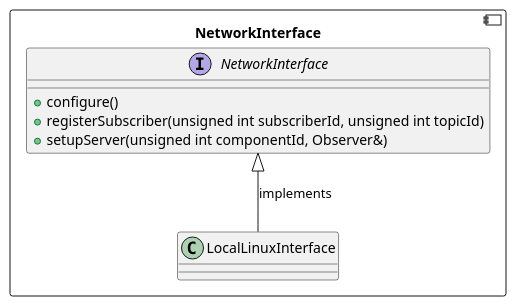
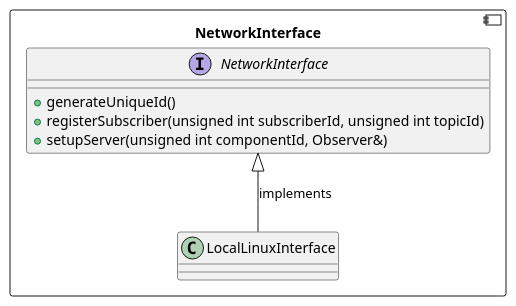
One commit to The-Arkitekt/the-robot changed the diagram in design/infrastructure/network-interface/components.puml. Above: the diagram before and after it, drawn with PlantUML. The commit also changed other lines of this file and 13 other files, not shown here.

```diff
--- a/design/infrastructure/network-interface/components.puml
+++ b/design/infrastructure/network-interface/components.puml
@@ -1,22 +1,21 @@
 @startuml
-
 
 component "NetworkInterface" as NI {
 
   interface "NetworkInterface" as NII {
-    + configure()
+    + generateUniqueId()
     + registerSubscriber(unsigned int subscriberId, unsigned int topicId)
     + setupServer(unsigned int componentId, Observer&)
   }
 
   class "LocalLinuxInterface" as LLI {
 
   }
 
 }
 
 LLI -u-|> NII : "implements"
 
 
 
 @enduml
```
